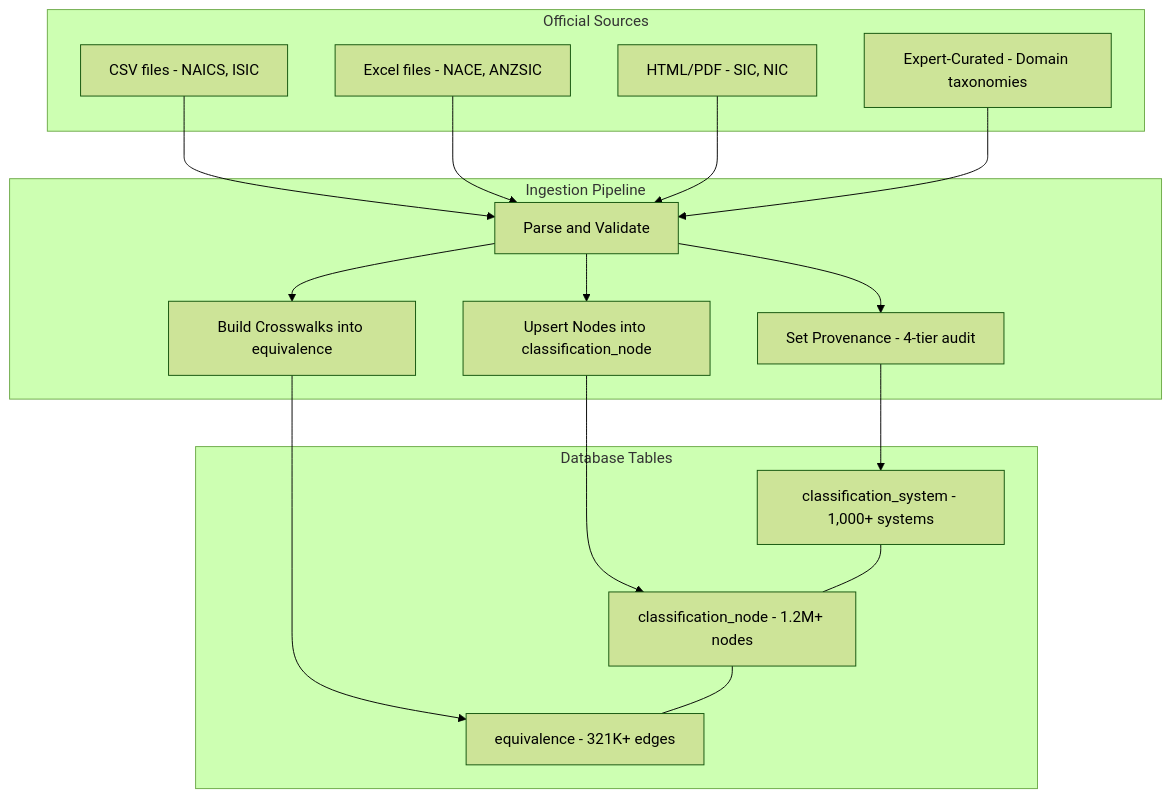
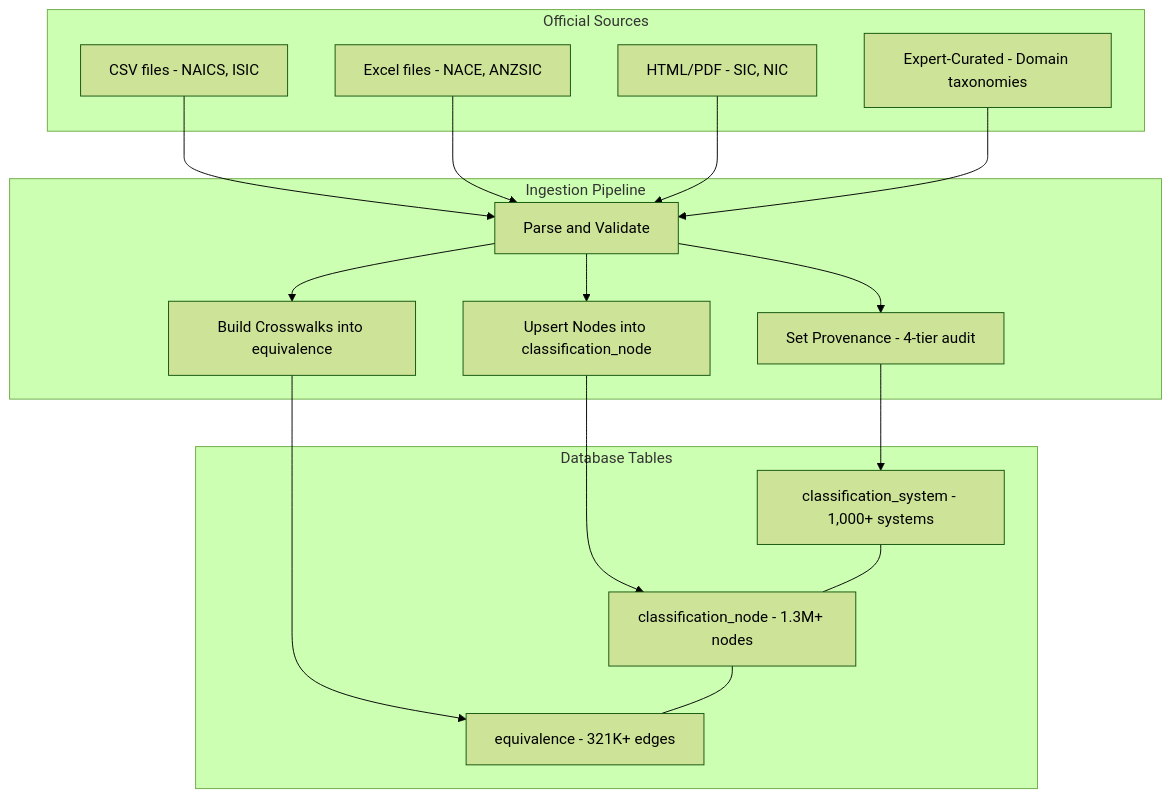
One commit to colaberry/WorldOfTaxonomy changed the third of 6 diagrams in wiki/architecture.md. Above: the diagram before and after it, drawn with Mermaid (forest theme). The commit also changed other lines of this file and 50 other files, not shown here.

````diff
--- a/wiki/architecture.md
+++ b/wiki/architecture.md
@@ -76,32 +76,32 @@
 ```mermaid
 graph TD
   subgraph Sources["Official Sources"]
     CSV["CSV files - NAICS, ISIC"]
     XLSX["Excel files - NACE, ANZSIC"]
     HTML["HTML/PDF - SIC, NIC"]
     CURATED["Expert-Curated - Domain taxonomies"]
   end
   subgraph Pipeline["Ingestion Pipeline"]
     PARSE["Parse and Validate"]
     UPSERT["Upsert Nodes into classification_node"]
     XWALK["Build Crosswalks into equivalence"]
     PROV["Set Provenance - 4-tier audit"]
   end
   subgraph DB["Database Tables"]
     SYS["classification_system - 1,000+ systems"]
-    NODE["classification_node - 1.2M+ nodes"]
+    NODE["classification_node - 1.3M+ nodes"]
     EQUIV["equivalence - 321K+ edges"]
   end
   CSV --> PARSE
   XLSX --> PARSE
   HTML --> PARSE
   CURATED --> PARSE
   PARSE --> UPSERT
   PARSE --> XWALK
   PARSE --> PROV
   UPSERT --> NODE
   XWALK --> EQUIV
   PROV --> SYS
   SYS --- NODE
   NODE --- EQUIV
 ```
````
